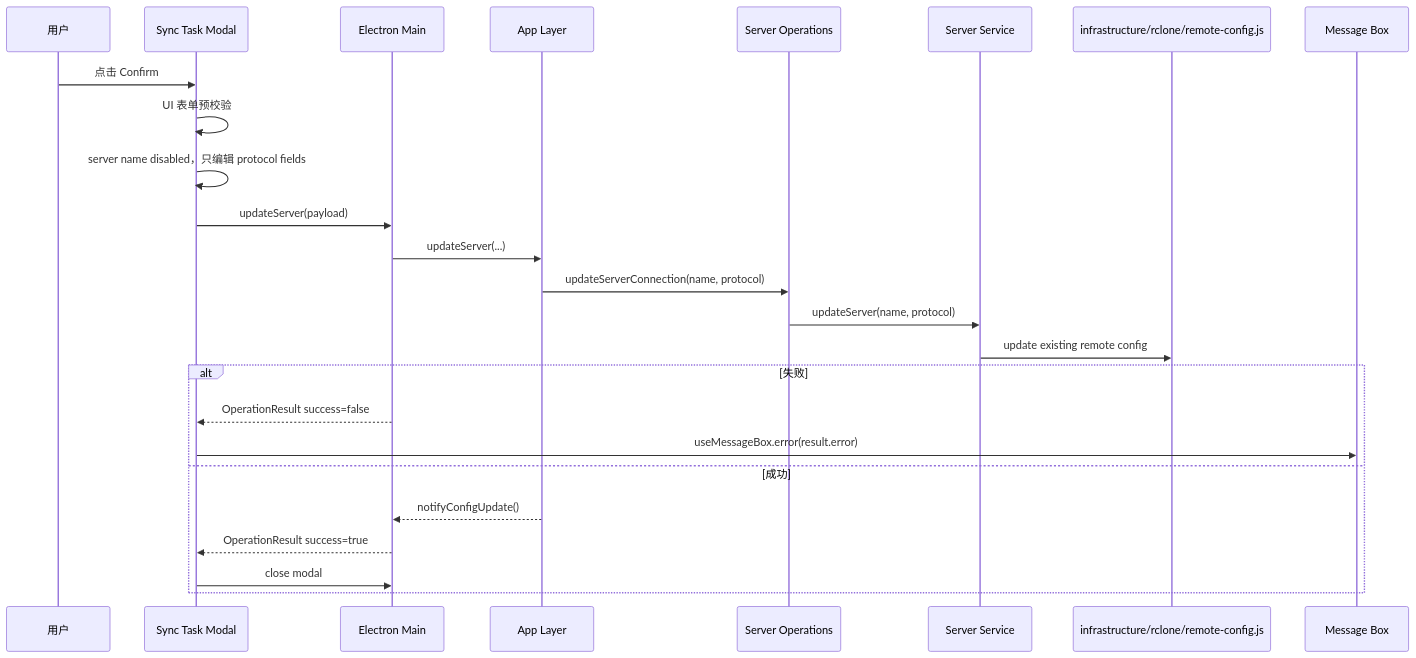
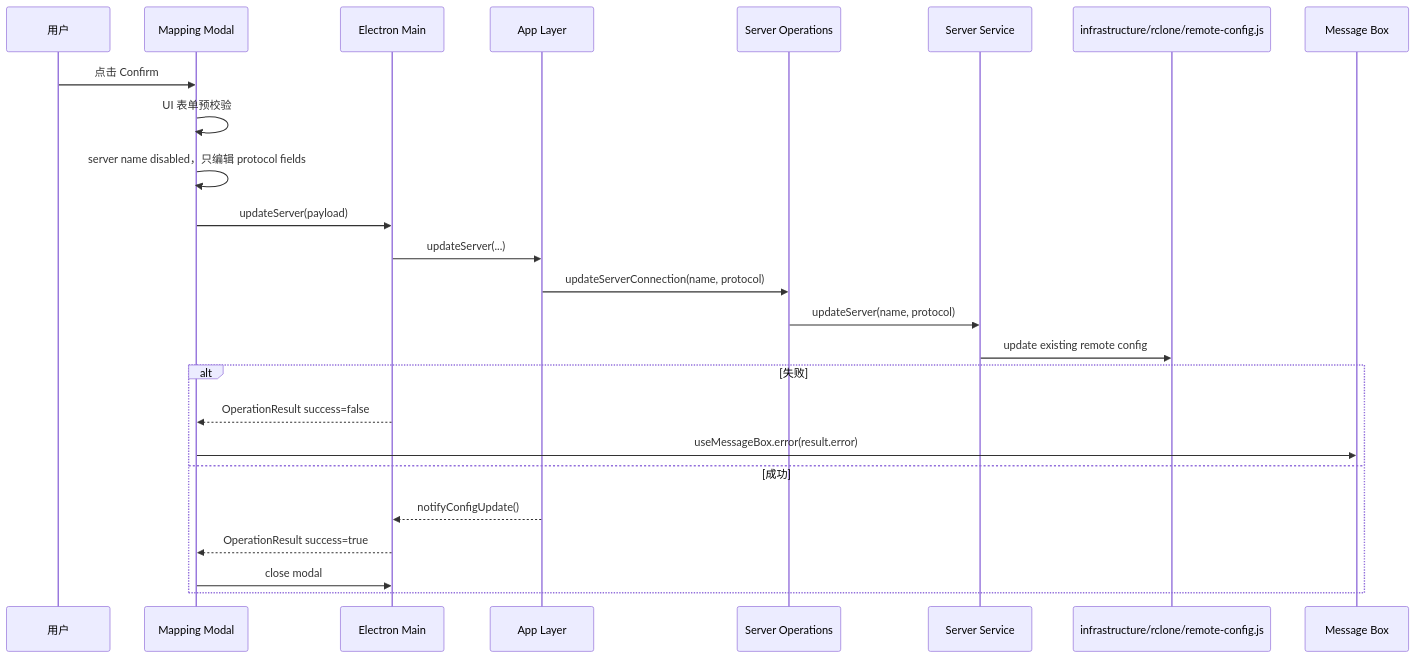
Diagram 14 of 15 in docs/Flows.md (agalloch21/sync-with-rclone), drawn with Mermaid before and after one commit. The commit also changed other lines of this file and 68 other files, not shown here.

Commit message:
rename syncTask to mapping

````diff
--- a/docs/Flows.md
+++ b/docs/Flows.md
@@ -458,28 +458,28 @@
 ```mermaid
 sequenceDiagram
   participant U as 用户
-  participant M as Sync Task Modal
+  participant M as Mapping Modal
   participant EM as Electron Main
   participant APP as App Layer
   participant SO as Server Operations
   participant SS as Server Service
   participant RC as infrastructure/rclone/remote-config.js
   participant MB as Message Box
 
   U->>M: 点击 Confirm
   M->>M: UI 表单预校验
   M->>M: server name disabled，只编辑 protocol fields
   M->>EM: updateServer(payload)
   EM->>APP: updateServer(...)
   APP->>SO: updateServerConnection(name, protocol)
   SO->>SS: updateServer(name, protocol)
   SS->>RC: update existing remote config
   alt 失败
     EM-->>M: OperationResult success=false
     M->>MB: useMessageBox.error(result.error)
   else 成功
     APP-->>EM: notifyConfigUpdate()
     EM-->>M: OperationResult success=true
     M->>EM: close modal
   end
 ```
````
